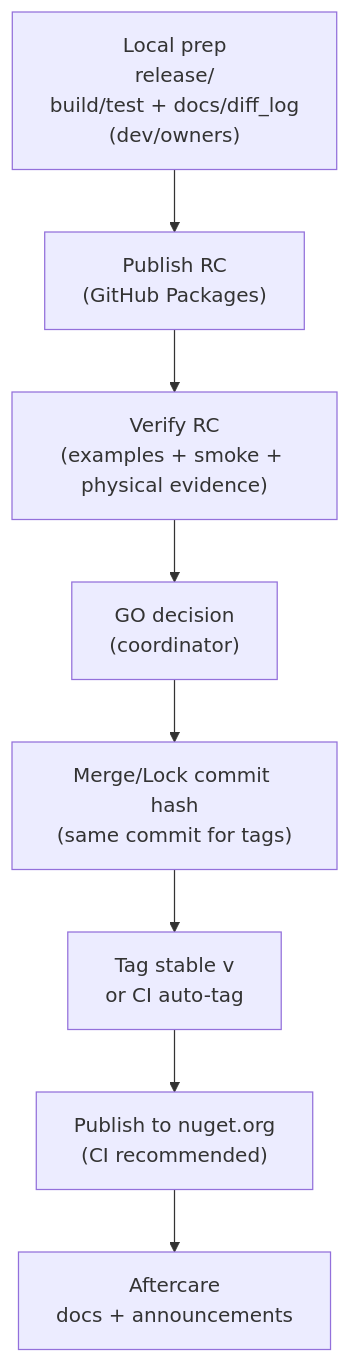
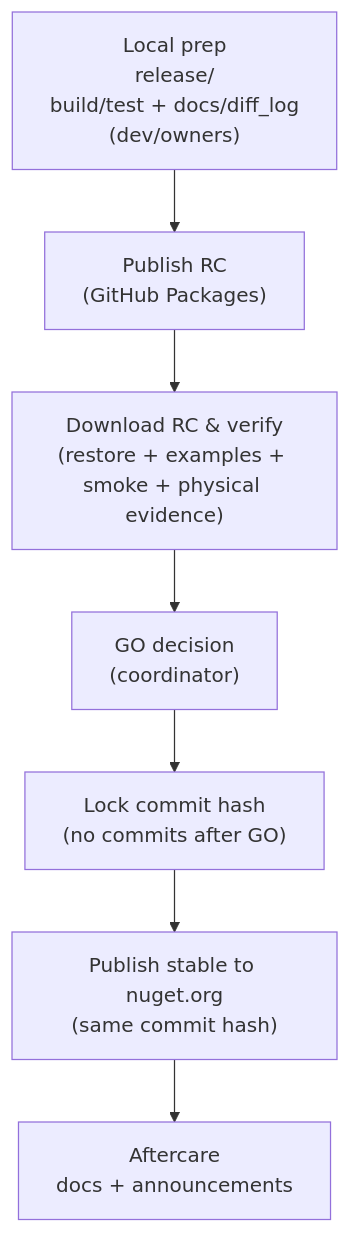
Before and after one commit to synthaicode/Kafka.Context: the diagram in docs/workflows/release_roles_and_steps.md, drawn with Mermaid. The commit also changed other lines of this file and 1 other file, not shown here.

Commit message:
release: define RC via GitHub Packages then stable to nuget.org

````diff
--- a/docs/workflows/release_roles_and_steps.md
+++ b/docs/workflows/release_roles_and_steps.md
@@ -15,10 +15,9 @@
 ```mermaid
 flowchart TD
   A["Local prep<br/>release/<version><br/>build/test + docs/diff_log<br/>(dev/owners)"] --> B["Publish RC<br/>(GitHub Packages)"]
-  B --> C["Verify RC<br/>(examples + smoke + physical evidence)"]
+  B --> C["Download RC & verify<br/>(restore + examples + smoke + physical evidence)"]
   C --> D["GO decision<br/>(coordinator)"]
-  D --> E["Merge/Lock commit hash<br/>(same commit for tags)"]
-  E --> F["Tag stable v<version><br/>or CI auto-tag"]
-  F --> G["Publish to nuget.org<br/>(CI recommended)"]
-  G --> H["Aftercare<br/>docs + announcements"]
+  D --> E["Lock commit hash<br/>(no commits after GO)"]
+  E --> F["Publish stable to nuget.org<br/>(same commit hash)"]
+  F --> G["Aftercare<br/>docs + announcements"]
 ```
````
